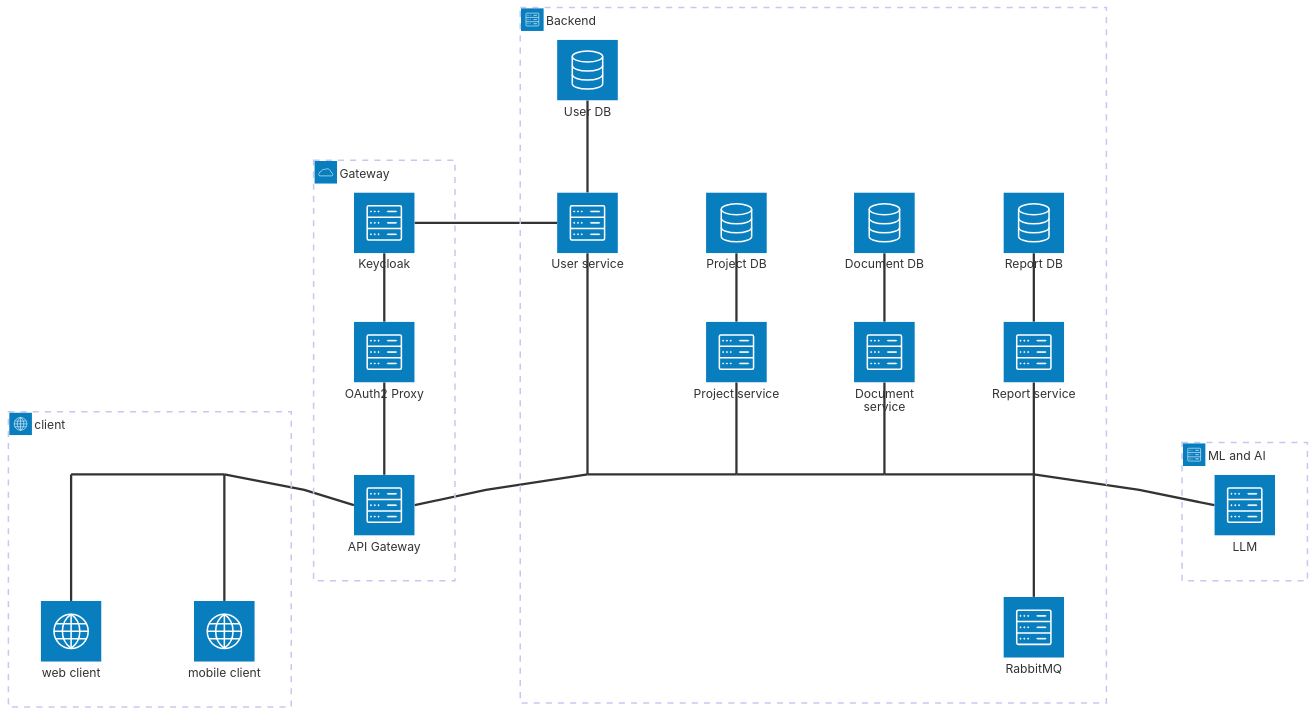
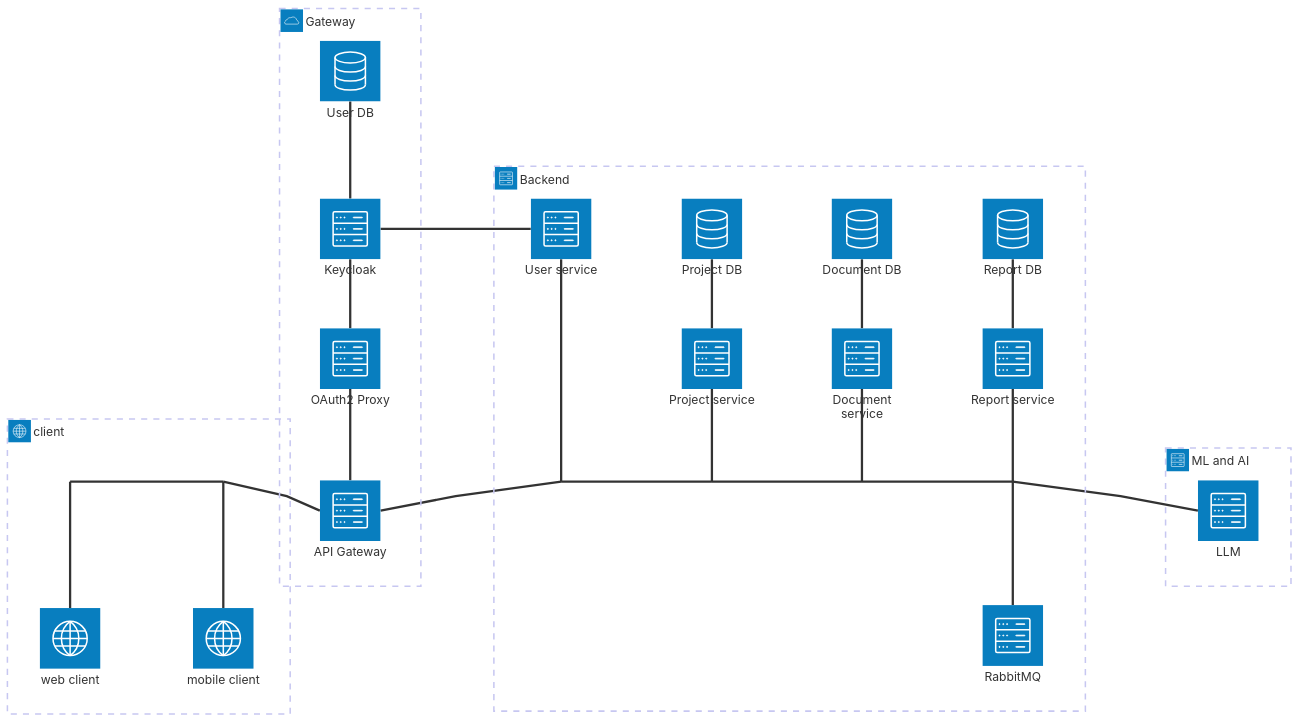
One commit to MrAnatoliy/BuildFlow changed the diagram in backend/infrastructure/README.md. Above: the diagram before and after it, drawn with Mermaid.

Commit message:
changed diagram

````diff
--- a/backend/infrastructure/README.md
+++ b/backend/infrastructure/README.md
@@ -4,56 +4,56 @@
 ```mermaid
 architecture-beta
     group client(internet)[client]
     service web(internet)[web client] in client
     service mobile(internet)[mobile client] in client
     junction cj_1 in client
     junction cj_2 in client
 
     group gateway(cloud)[Gateway]
     service api_gateway(server)[API Gateway] in gateway
     service auth_proxy(server)[OAuth2 Proxy] in gateway
     service keycloak(server)[Keycloak] in gateway
+    service user_db(database)[User DB] in gateway
 
     group backend(server)[Backend]
     service user_service(server)[User service] in backend
-    service user_db(database)[User DB] in backend
     service project_service(server)[Project service] in backend
     service project_db(database)[Project DB] in backend
     service report_service(server)[Report service] in backend
     service report_db(database)[Report DB] in backend
     service document_service(server)[Document service] in backend
     service document_db(database)[Document DB] in backend
     service rabbit_mq(server)[RabbitMQ] in backend
     junction bj_1 in backend
     junction bj_2 in backend
     junction bj_3 in backend
     junction bj_4 in backend
 
     group ml(server)[ML and AI]
     service llm(server)[LLM] in ml
 
     web:T -- B:cj_1
     mobile:T -- B:cj_2
     cj_1:R -- L:cj_2
     cj_2:R -- L:api_gateway
 
     api_gateway:T -- B:auth_proxy
     auth_proxy:T -- B:keycloak
     keycloak:R -- L:user_service
-    user_db:B -- T:user_service
+    user_db:B -- T:keycloak
     project_db:B -- T:project_service
     report_db:B -- T:report_service
     document_db:B -- T:document_service
 
     api_gateway:R -- L:bj_1
     bj_1:T -- B:user_service
     bj_1:R -- L:bj_2
     bj_2:T -- B:project_service
     bj_2:R -- L:bj_3
     bj_3:T -- B:document_service
     bj_3:R -- L:bj_4
     bj_4:T -- B:report_service
     bj_4:B -- T:rabbit_mq
     bj_4:R -- L:llm
 
 ```
````
